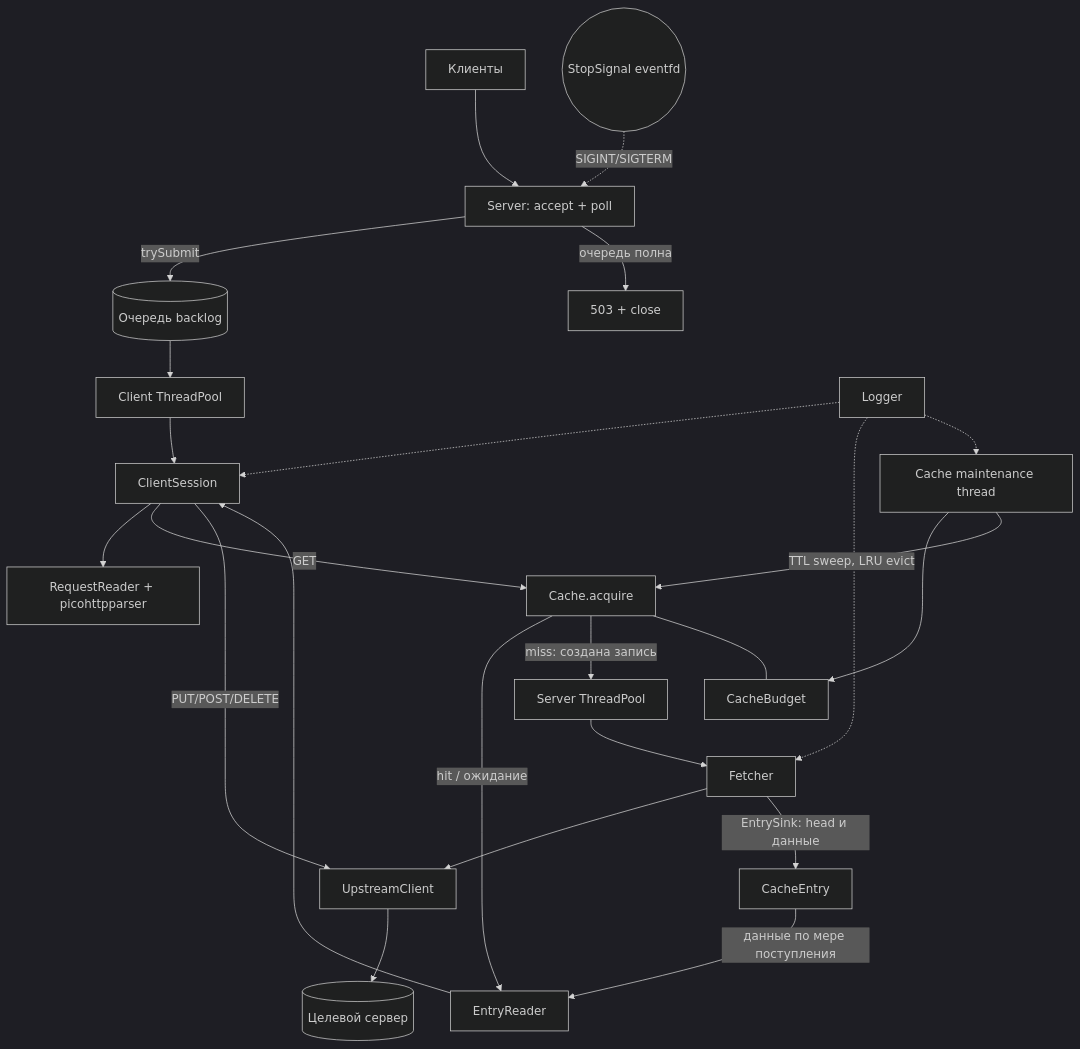
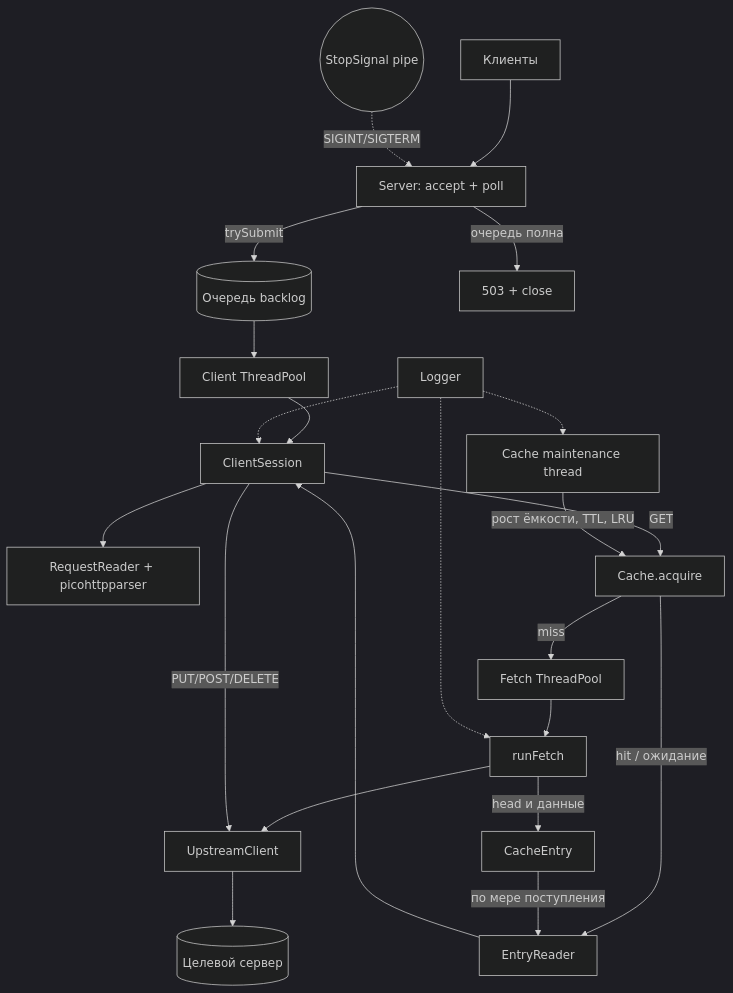
One commit to ivymerfe/os-proxy changed the diagram in architecture.md. Above: the diagram before and after it, drawn with Mermaid (dark theme). The commit also changed other lines of this file and 33 other files, not shown here.

````diff
--- a/architecture.md
+++ b/architecture.md
@@ -3,26 +3,24 @@
 ```mermaid
 flowchart TB
     C[Клиенты] --> A[Server: accept + poll]
-    S((StopSignal eventfd)) -. SIGINT/SIGTERM .-> A
+    S((StopSignal pipe)) -. SIGINT/SIGTERM .-> A
     A -->|trySubmit| Q[(Очередь backlog)]
     A -->|очередь полна| R503[503 + close]
     Q --> CP[Client ThreadPool]
     CP --> CS[ClientSession]
     CS --> RR[RequestReader + picohttpparser]
     CS -->|GET| CA[Cache.acquire]
     CA -->|hit / ожидание| ER[EntryReader]
-    CA -->|miss: создана запись| FP[Server ThreadPool]
-    FP --> F[Fetcher]
-    F --> U[UpstreamClient]
+    CA -->|miss| FP[Fetch ThreadPool]
+    FP --> RF[runFetch]
+    RF --> U[UpstreamClient]
     U --> O[(Целевой сервер)]
-    F -->|EntrySink: head и данные| CE[CacheEntry]
-    CE -->|данные по мере поступления| ER
+    RF -->|head и данные| CE[CacheEntry]
+    CE -->|по мере поступления| ER
     ER --> CS
     CS -->|PUT/POST/DELETE| U
-    CA --- CB[CacheBudget]
-    M[Cache maintenance thread] --> CB
-    M -->|TTL sweep, LRU evict| CA
+    M[Cache maintenance thread] -->|рост ёмкости, TTL, LRU| CA
     L[Logger] -.-> CS
-    L -.-> F
+    L -.-> RF
     L -.-> M
 ```
````
